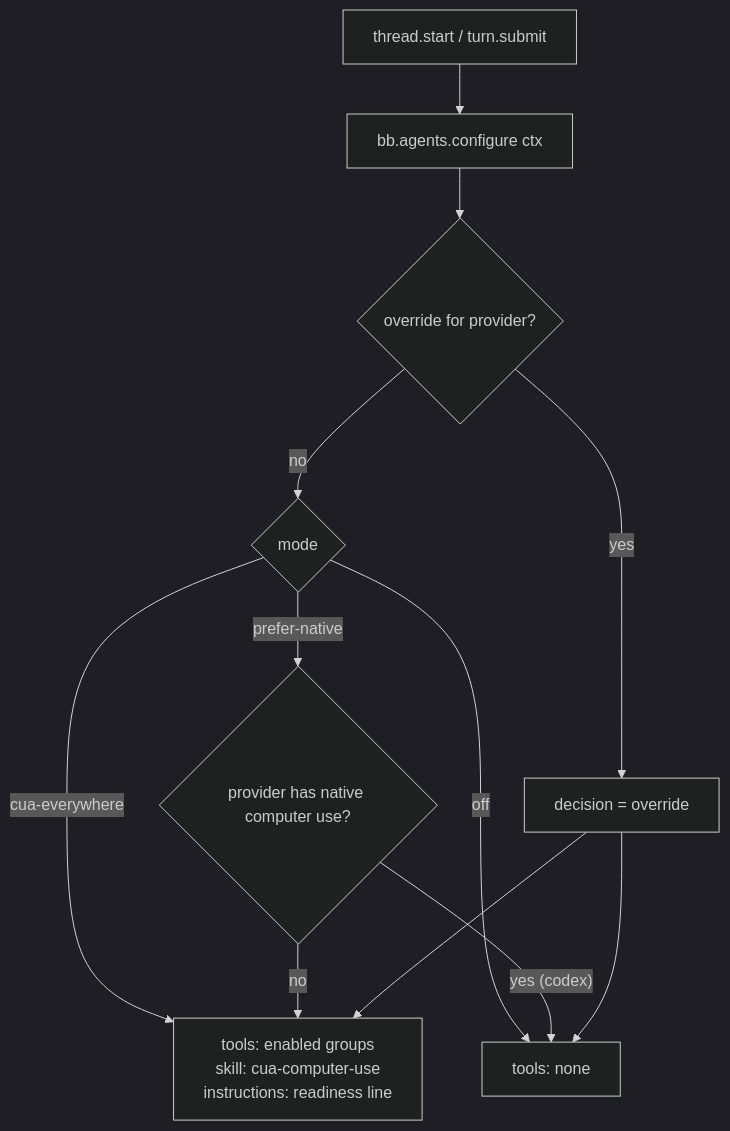
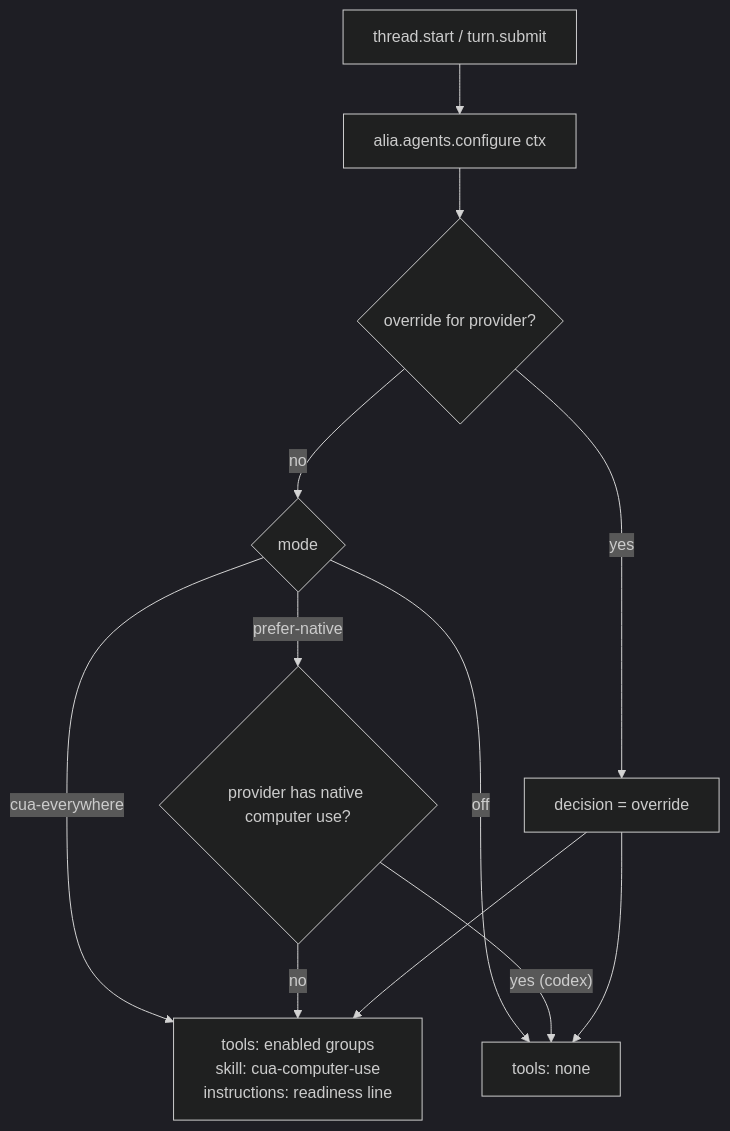
Before and after one commit to Vesnalia/vesnalia-plugins: the third of 3 diagrams in plugins/cua-driver/docs/ARCHITECTURE.md, drawn with Mermaid (dark theme). The commit also changed other lines of this file and 13306 other files, not shown here.

````diff
--- a/plugins/cua-driver/docs/ARCHITECTURE.md
+++ b/plugins/cua-driver/docs/ARCHITECTURE.md
@@ -54,14 +54,14 @@
 ```mermaid
 flowchart TD
-  T[thread.start / turn.submit] --> C[bb.agents.configure ctx]
+  T[thread.start / turn.submit] --> C[alia.agents.configure ctx]
   C --> O{override for provider?}
   O -- yes --> D[decision = override]
   O -- no --> M{mode}
   M -- off --> OFF[tools: none]
   M -- cua-everywhere --> CUA[tools: enabled groups<br/>skill: cua-computer-use<br/>instructions: readiness line]
   M -- prefer-native --> N{provider has native computer use?}
   N -- yes (codex) --> OFF
   N -- no --> CUA
   D --> CUA
   D --> OFF
 ```
````
